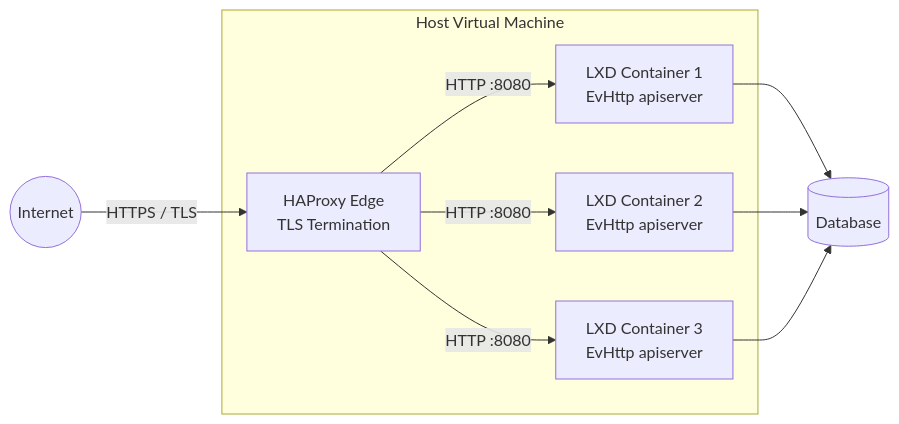
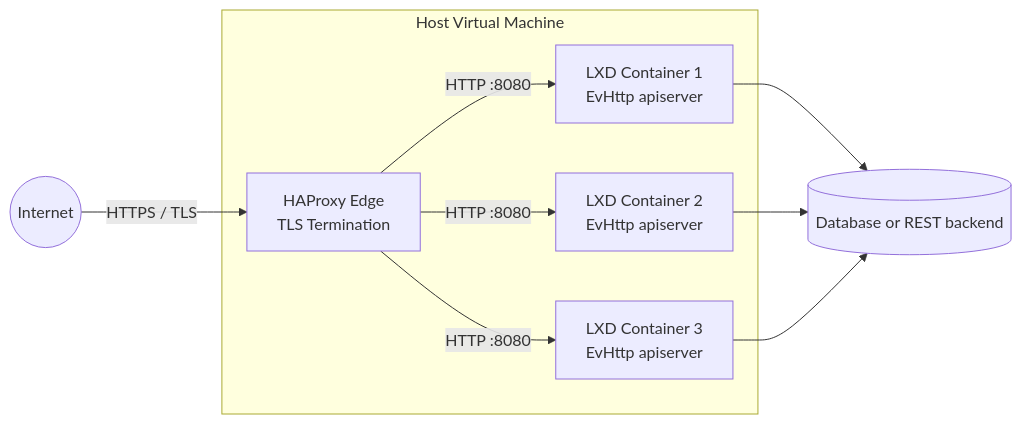
One commit to cppservergit/evhttp-apiserver changed the second of 2 diagrams in README.md. Above: the diagram before and after it, drawn with Mermaid. The commit also changed other lines of this file, not shown here.

````diff
--- a/README.md
+++ b/README.md
@@ -94,12 +102,12 @@
 ```mermaid
 flowchart LR
     Internet((Internet)) -->|HTTPS / TLS| HAP[HAProxy Edge\nTLS Termination]
     subgraph VM [Host Virtual Machine]
         HAP -->|HTTP :8080| LXD1[LXD Container 1\nEvHttp apiserver]
         HAP -->|HTTP :8080| LXD2[LXD Container 2\nEvHttp apiserver]
         HAP -->|HTTP :8080| LXD3[LXD Container 3\nEvHttp apiserver]
     end
-    LXD1 --> DB[(Database)]
+    LXD1 --> DB[(Database or REST backend)]
     LXD2 --> DB
     LXD3 --> DB
 ```
````
